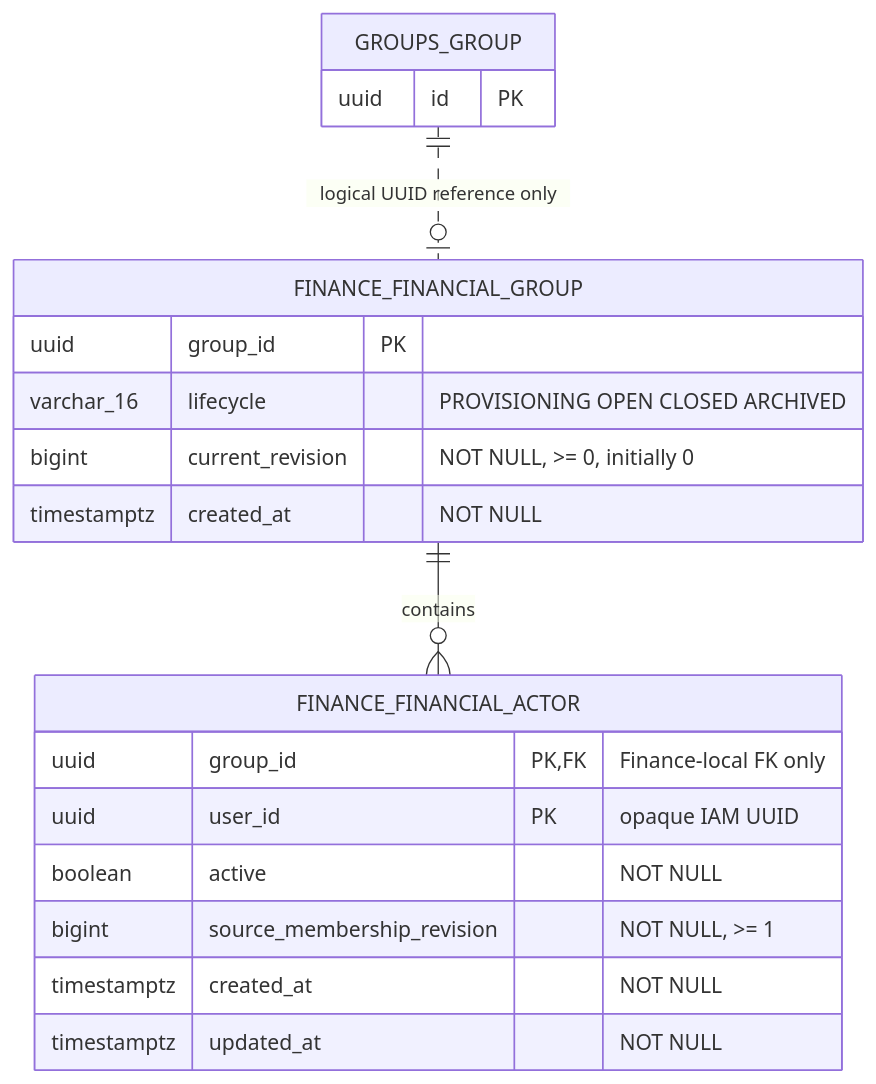
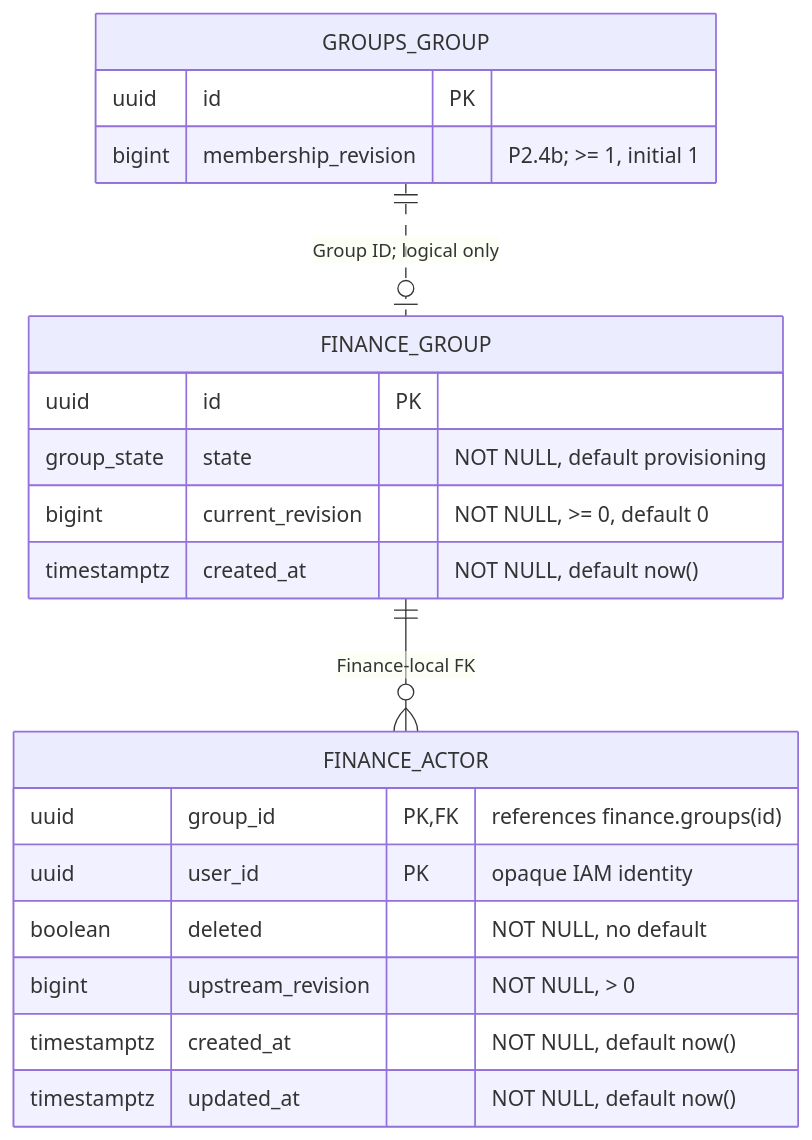
The diagram in docs/internal/integration/phase-3-foundation.md (frederik-hoeft/min-favs-sharewise), drawn with Mermaid before and after one commit. The commit also changed other lines of this file and 3 other files, not shown here.

Commit message:
P3.0: reconcile planning foundation with ERD

````diff
--- a/docs/internal/integration/phase-3-foundation.md
+++ b/docs/internal/integration/phase-3-foundation.md
@@ -36,23 +25,24 @@
 ```mermaid
 erDiagram
-    GROUPS_GROUP ||..o| FINANCE_FINANCIAL_GROUP : "logical UUID reference only"
-    FINANCE_FINANCIAL_GROUP ||--o{ FINANCE_FINANCIAL_ACTOR : contains
+    GROUPS_GROUP ||..o| FINANCE_GROUP : "Group ID; logical only"
+    FINANCE_GROUP ||--o{ FINANCE_ACTOR : "Finance-local FK"
 
     GROUPS_GROUP {
         uuid id PK
+        bigint membership_revision "P2.4b; >= 1, initial 1"
     }
-    FINANCE_FINANCIAL_GROUP {
-        uuid group_id PK
-        varchar_16 lifecycle "PROVISIONING OPEN CLOSED ARCHIVED"
-        bigint current_revision "NOT NULL, >= 0, initially 0"
-        timestamptz created_at "NOT NULL"
+    FINANCE_GROUP {
+        uuid id PK
+        group_state state "NOT NULL, default provisioning"
+        bigint current_revision "NOT NULL, >= 0, default 0"
+        timestamptz created_at "NOT NULL, default now()"
     }
-    FINANCE_FINANCIAL_ACTOR {
-        uuid group_id PK,FK "Finance-local FK only"
-        uuid user_id PK "opaque IAM UUID"
-        boolean active "NOT NULL"
-        bigint source_membership_revision "NOT NULL, >= 1"
-        timestamptz created_at "NOT NULL"
-        timestamptz updated_at "NOT NULL"
+    FINANCE_ACTOR {
+        uuid group_id PK,FK "references finance.groups(id)"
+        uuid user_id PK "opaque IAM identity"
+        boolean deleted "NOT NULL, no default"
+        bigint upstream_revision "NOT NULL, > 0"
+        timestamptz created_at "NOT NULL, default now()"
+        timestamptz updated_at "NOT NULL, default now()"
     }
 ```
````
